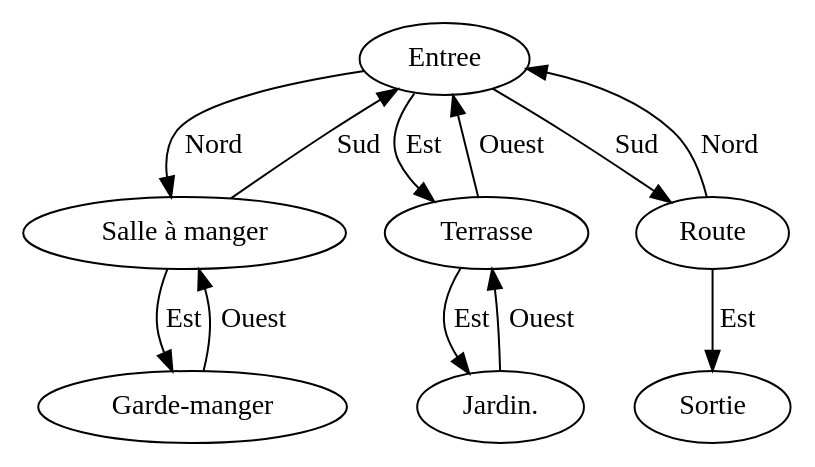
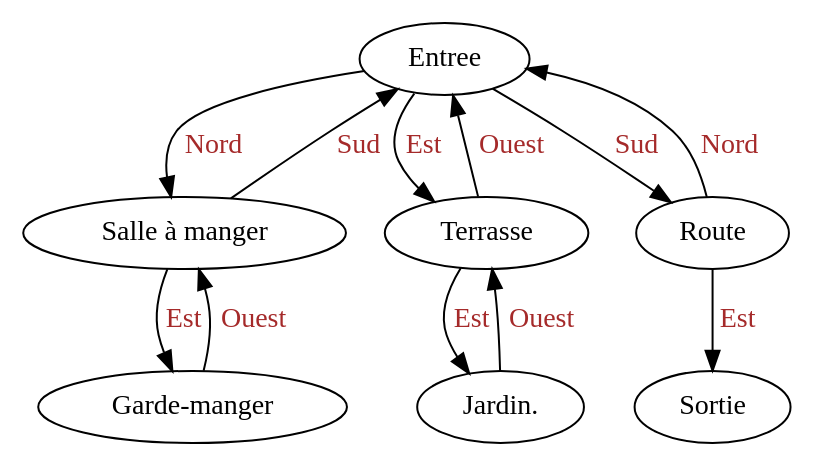
Before and after one commit to JESAISaps/KnotsAndStrings: the diagram in dot.dot, drawn with Graphviz. The commit also changed 2 other files, not shown here.

```diff
--- a/dot.dot
+++ b/dot.dot
@@ -1,13 +1,13 @@
 digraph g{ 
-"Entree"->"Salle à manger"[label = "Nord"]
-"Entree"->"Terrasse"[label = "Est"]
-"Entree"->"Route"[label = "Sud"]
-"Salle à manger"->"Entree"[label = "Sud"]
-"Salle à manger"->"Garde-manger"[label = "Est"]
-"Terrasse"->"Jardin."[label = "Est"]
-"Terrasse"->"Entree"[label = "Ouest"]
-"Route"->"Entree"[label = "Nord"]
-"Route"->"Sortie"[label = "Est"]
-"Garde-manger"->"Salle à manger"[label = "Ouest"]
-"Jardin."->"Terrasse"[label = "Ouest"]
+"Entree" -> "Salle à manger" [label = "Nord"] [fontcolor=brown]
+"Entree" -> "Terrasse" [label = "Est"] [fontcolor=brown]
+"Entree" -> "Route" [label = "Sud"] [fontcolor=brown]
+"Salle à manger" -> "Entree" [label = "Sud"] [fontcolor=brown]
+"Salle à manger" -> "Garde-manger" [label = "Est"] [fontcolor=brown]
+"Terrasse" -> "Jardin." [label = "Est"] [fontcolor=brown]
+"Terrasse" -> "Entree" [label = "Ouest"] [fontcolor=brown]
+"Route" -> "Entree" [label = "Nord"] [fontcolor=brown]
+"Route" -> "Sortie" [label = "Est"] [fontcolor=brown]
+"Garde-manger" -> "Salle à manger" [label = "Ouest"] [fontcolor=brown]
+"Jardin." -> "Terrasse" [label = "Ouest"] [fontcolor=brown]
 }
```
